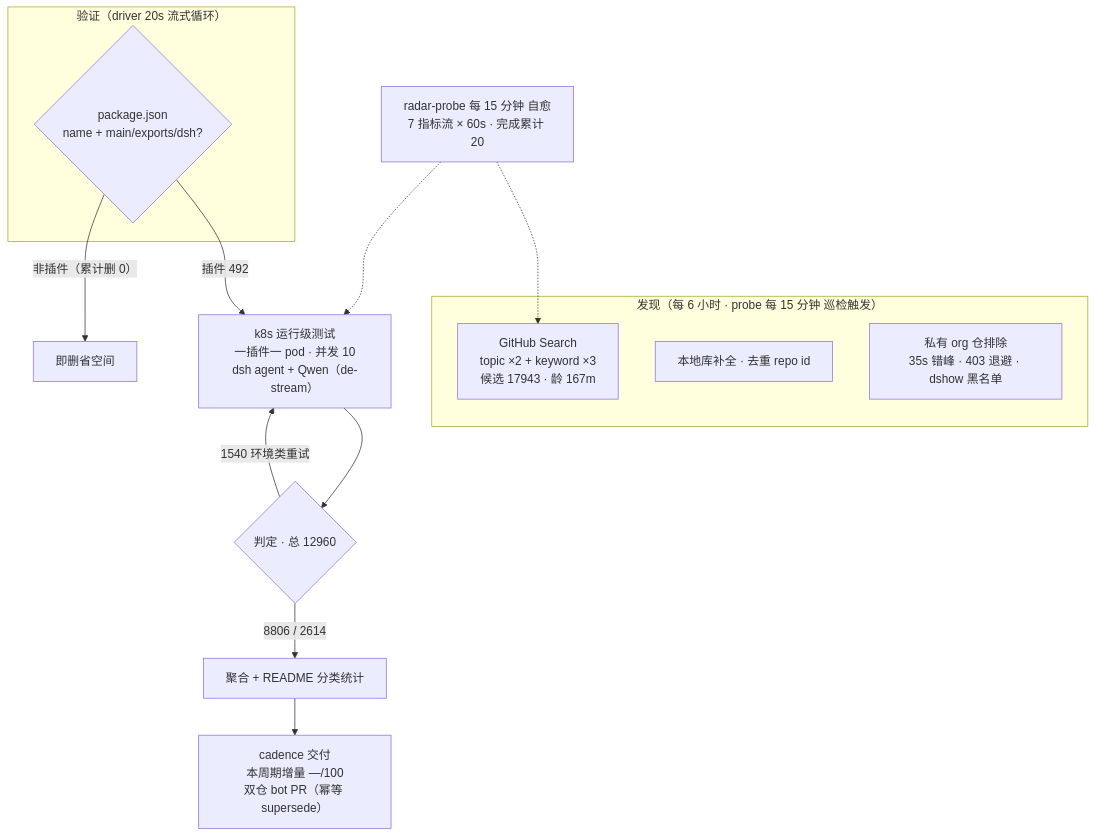
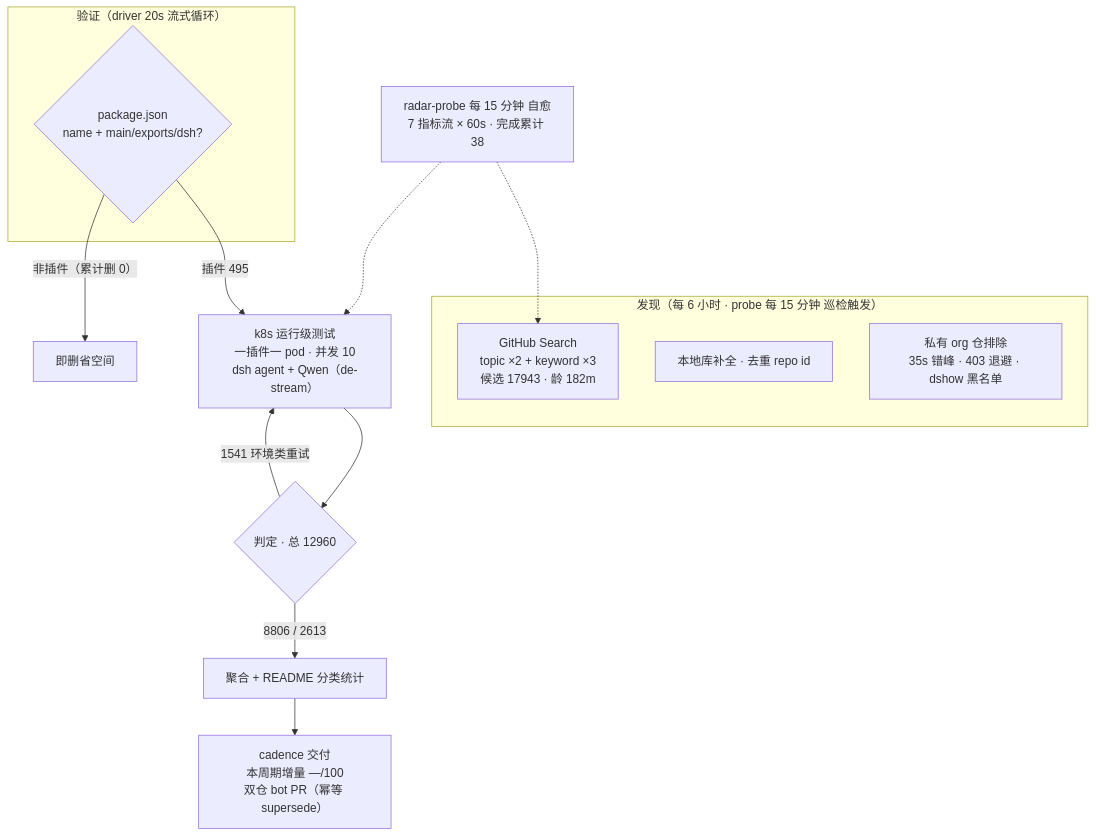
The diagram in README.md (AdamPlatin123/awesome-dsh-plugins), drawn with Mermaid before and after one commit. The commit also changed other lines of this file and 5 other files, not shown here.

````diff
--- a/README.md
+++ b/README.md
@@ -52,20 +52,20 @@
 ```mermaid
 flowchart TB
     subgraph Discovery["发现（每 6 小时 · probe 每 15 分钟 巡检触发）"]
-        A1["GitHub Search<br/>topic ×2 + keyword ×3<br/>候选 17943 · 龄 167m"]
+        A1["GitHub Search<br/>topic ×2 + keyword ×3<br/>候选 17943 · 龄 182m"]
         A2["本地库补全 · 去重 repo id"]
         A3["私有 org 仓排除<br/>35s 错峰 · 403 退避 · dshow 黑名单"]
     end
     subgraph Validation["验证（driver 20s 流式循环）"]
         B1{"package.json<br/>name + main/exports/dsh?"}
     end
-    B1 -->|"插件 492"| C1["k8s 运行级测试<br/>一插件一 pod · 并发 10<br/>dsh agent + Qwen（de-stream）"]
+    B1 -->|"插件 495"| C1["k8s 运行级测试<br/>一插件一 pod · 并发 10<br/>dsh agent + Qwen（de-stream）"]
     B1 -->|"非插件（累计删 0）"| B3["即删省空间"]
     C1 --> D1{"判定 · 总 12960"}
-    D1 -->|"8806 / 2614"| E1["聚合 + README 分类统计"]
-    D1 -->|"1540 环境类重试"| C1
+    D1 -->|"8806 / 2613"| E1["聚合 + README 分类统计"]
+    D1 -->|"1541 环境类重试"| C1
     E1 --> E2["cadence 交付<br/>本周期增量 —/100<br/>双仓 bot PR（幂等 supersede）"]
-    M["radar-probe 每 15 分钟 自愈<br/>7 指标流 × 60s · 完成累计 20"]
+    M["radar-probe 每 15 分钟 自愈<br/>7 指标流 × 60s · 完成累计 38"]
     M -.-> A1
     M -.-> C1
 ```
````
